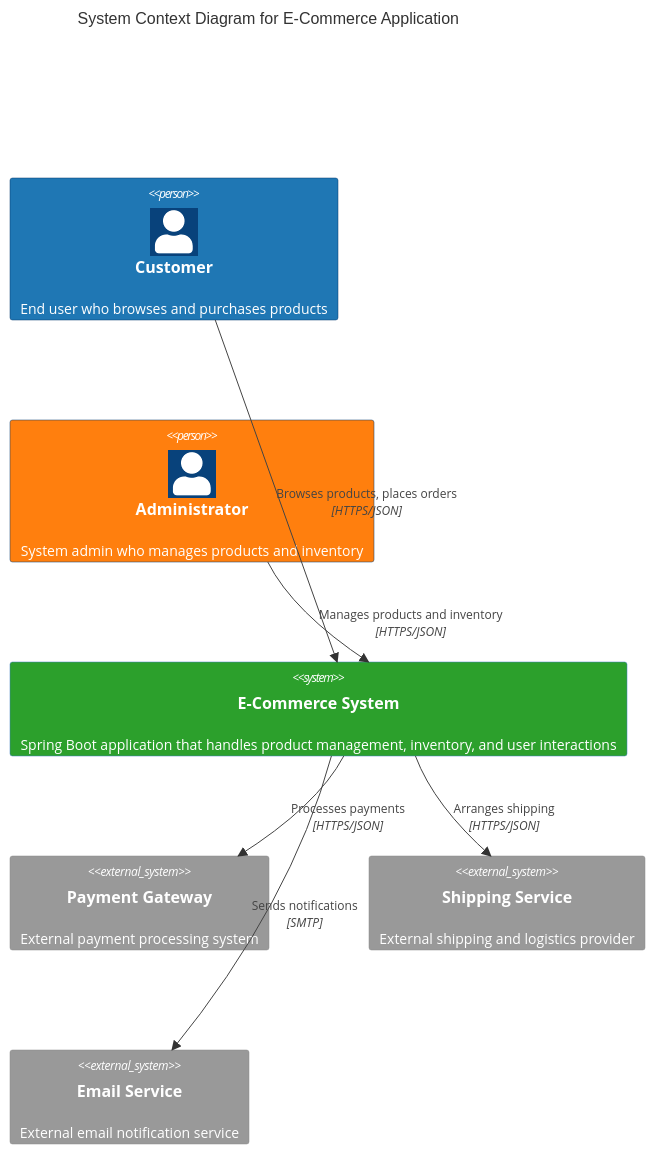
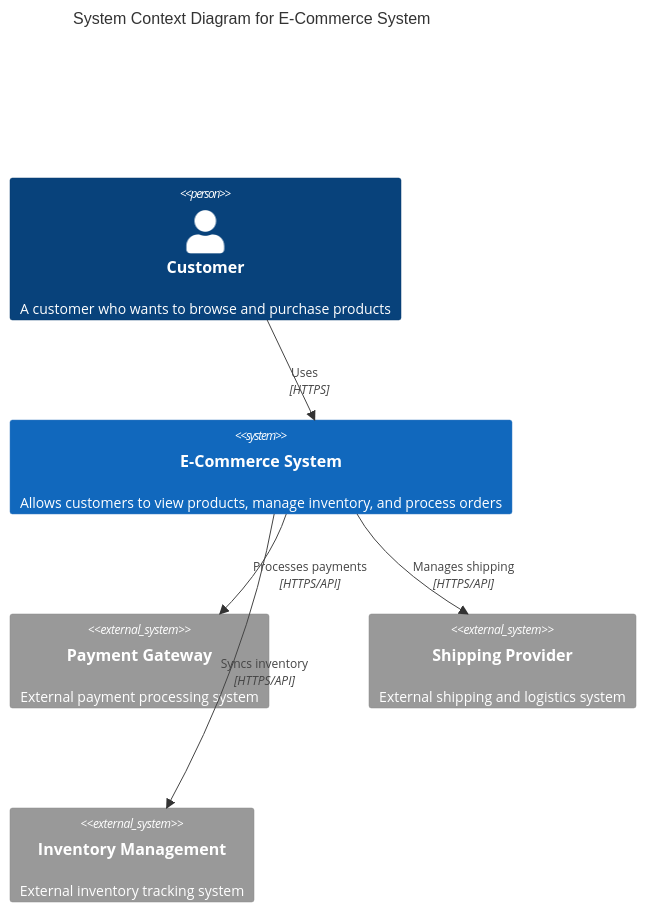
One commit to NavneetBN47/aava-ecom-demo changed the first of 2 diagrams in docs/HLD/hld.md. Above: the diagram before and after it, drawn with Mermaid. The commit also changed other lines of this file, not shown here.

````diff
--- a/docs/HLD/hld.md
+++ b/docs/HLD/hld.md
@@ -17,23 +13,19 @@
 ```mermaid
 C4Context
-    title System Context Diagram for E-Commerce Application
+    title System Context Diagram for E-Commerce System
     
-    Person(customer, "Customer", "End user who browses and purchases products")
-    Person(admin, "Administrator", "System admin who manages products and inventory")
+    Person(user, "Customer", "A customer who wants to browse and purchase products")
     
-    System(ecommerce, "E-Commerce System", "Spring Boot application that handles product management, inventory, and user interactions")
+    System(ecommerce, "E-Commerce System", "Allows customers to view products, manage inventory, and process orders")
     
     System_Ext(payment, "Payment Gateway", "External payment processing system")
-    System_Ext(shipping, "Shipping Service", "External shipping and logistics provider")
-    System_Ext(email, "Email Service", "External email notification service")
+    System_Ext(shipping, "Shipping Provider", "External shipping and logistics system")
+    System_Ext(inventory, "Inventory Management", "External inventory tracking system")
     
-    Rel(customer, ecommerce, "Browses products, places orders", "HTTPS/JSON")
-    Rel(admin, ecommerce, "Manages products and inventory", "HTTPS/JSON")
-    Rel(ecommerce, payment, "Processes payments", "HTTPS/JSON")
-    Rel(ecommerce, shipping, "Arranges shipping", "HTTPS/JSON")
-    Rel(ecommerce, email, "Sends notifications", "SMTP")
+    Rel(user, ecommerce, "Uses", "HTTPS")
+    Rel(ecommerce, payment, "Processes payments", "HTTPS/API")
+    Rel(ecommerce, shipping, "Manages shipping", "HTTPS/API")
+    Rel(ecommerce, inventory, "Syncs inventory", "HTTPS/API")
     
-    UpdateElementStyle(customer, $fontColor="white", $bgColor="#1f77b4")
-    UpdateElementStyle(admin, $fontColor="white", $bgColor="#ff7f0e")
-    UpdateElementStyle(ecommerce, $fontColor="white", $bgColor="#2ca02c")
+    UpdateLayoutConfig($c4ShapeInRow="2", $c4BoundaryInRow="1")
 ```
````
